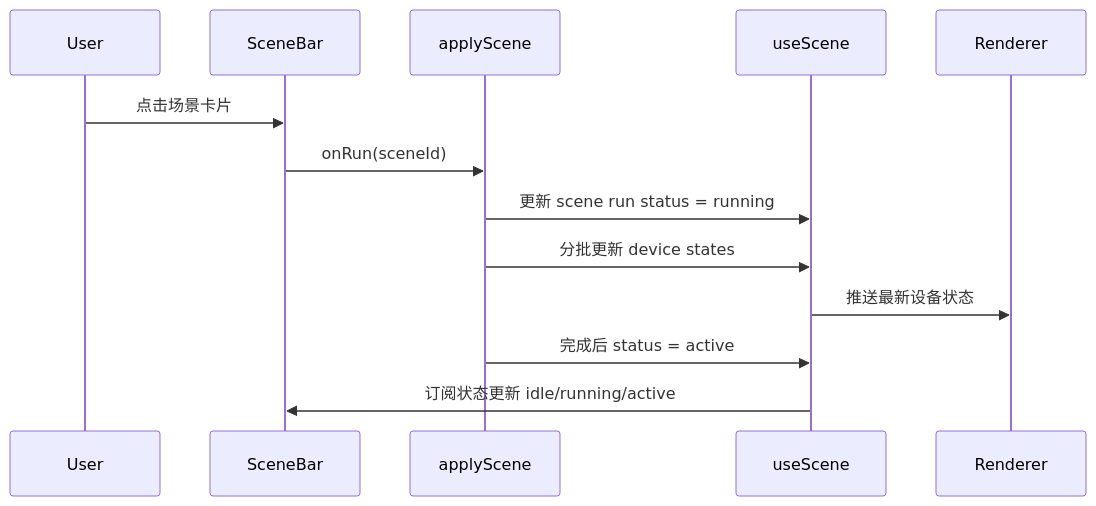
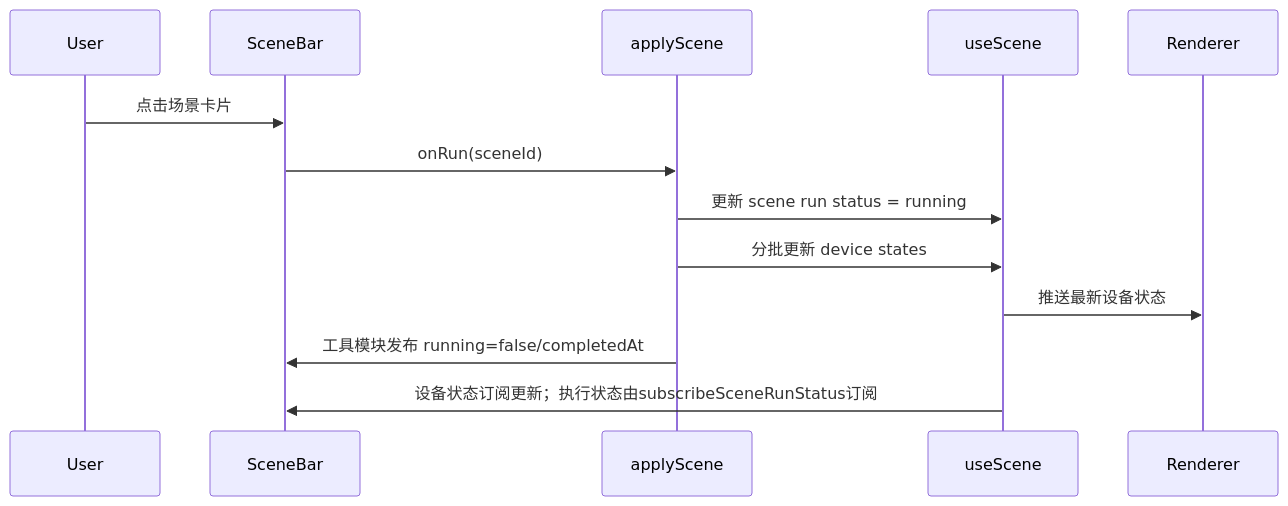
One commit to atom-xu/vilhil-studio changed the first of 3 diagrams in docs/STATE-FLOW.md. Above: the diagram before and after it, drawn with Mermaid. The commit also changed other lines of this file and 69 other files, not shown here.

````diff
--- a/docs/STATE-FLOW.md
+++ b/docs/STATE-FLOW.md
@@ -19,16 +19,16 @@
 ```mermaid
 sequenceDiagram
   participant U as User
   participant SB as SceneBar
   participant T as applyScene
   participant S as useScene
   participant R as Renderer
 
   U->>SB: 点击场景卡片
   SB->>T: onRun(sceneId)
   T->>S: 更新 scene run status = running
   T->>S: 分批更新 device states
   S->>R: 推送最新设备状态
-  T->>S: 完成后 status = active
-  S->>SB: 订阅状态更新 idle/running/active
+  T->>SB: 工具模块发布 running=false/completedAt
+  S->>SB: 设备状态订阅更新；执行状态由subscribeSceneRunStatus订阅
 ```
````
